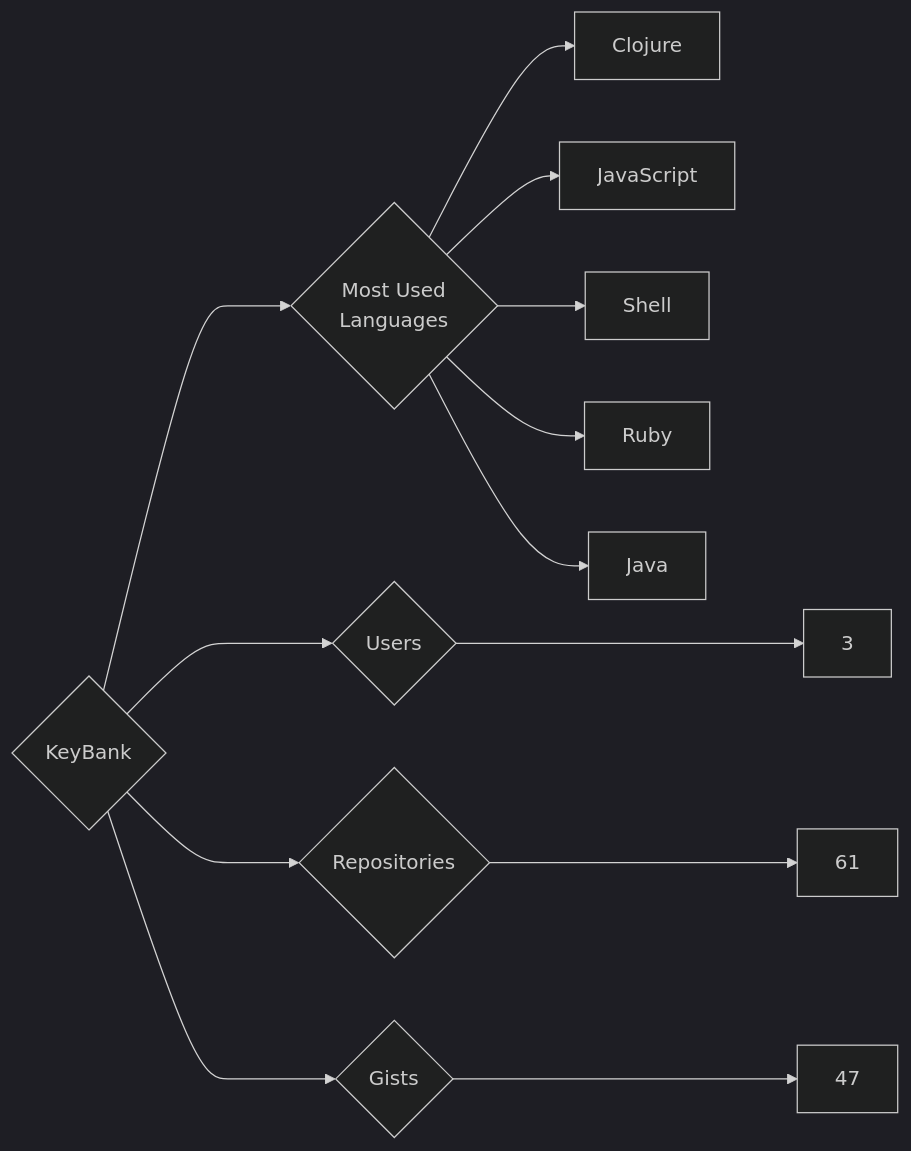
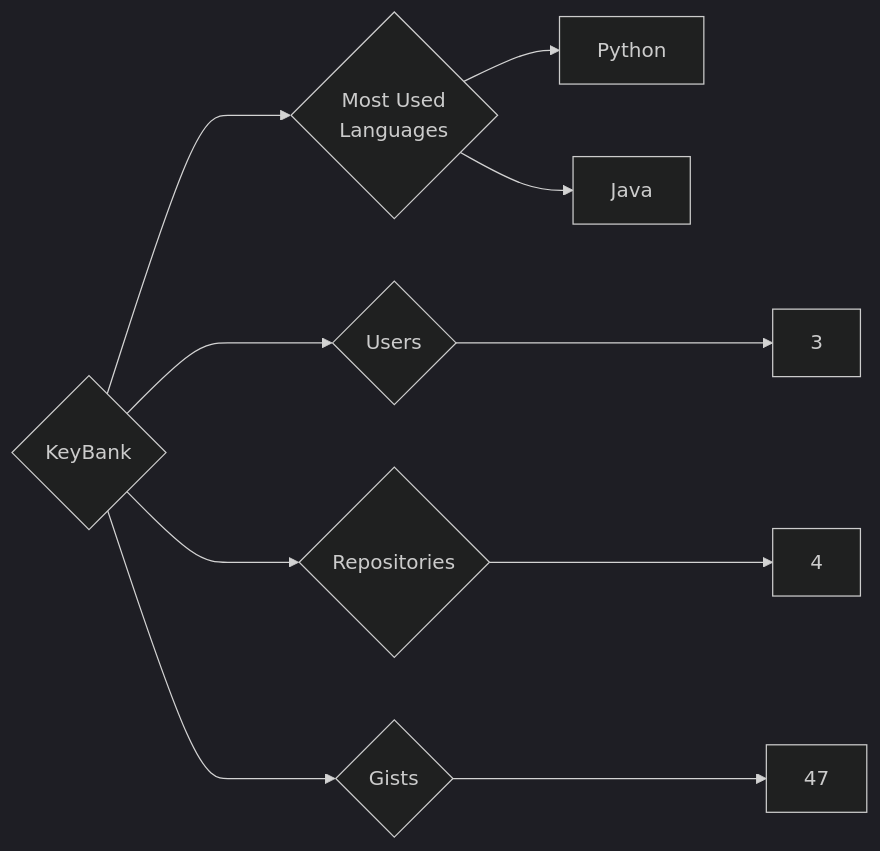
Before and after one commit to trickest/insiders: the diagram in targets/KeyBank/README.md, drawn with Mermaid (dark theme). The commit also changed 1389 other files, not shown here.

````diff
--- a/targets/KeyBank/README.md
+++ b/targets/KeyBank/README.md
@@ -3,13 +3,10 @@
 ```mermaid
 graph LR
 COMPANY_NAME{KeyBank}
 COMPANY_NAME ---> U{Users} ---> UN[3]
-COMPANY_NAME ---> R{Repositories} ---> RN[61]
+COMPANY_NAME ---> R{Repositories} ---> RN[4]
 COMPANY_NAME ---> G{Gists} ---> GN[47]
 COMPANY_NAME ---> ML{Most Used<br>Languages}
-ML --> Clojure[Clojure]
-ML --> JavaScript[JavaScript]
-ML --> Shell[Shell]
-ML --> Ruby[Ruby]
+ML --> Python[Python]
 ML --> Java[Java]
 ```
````
